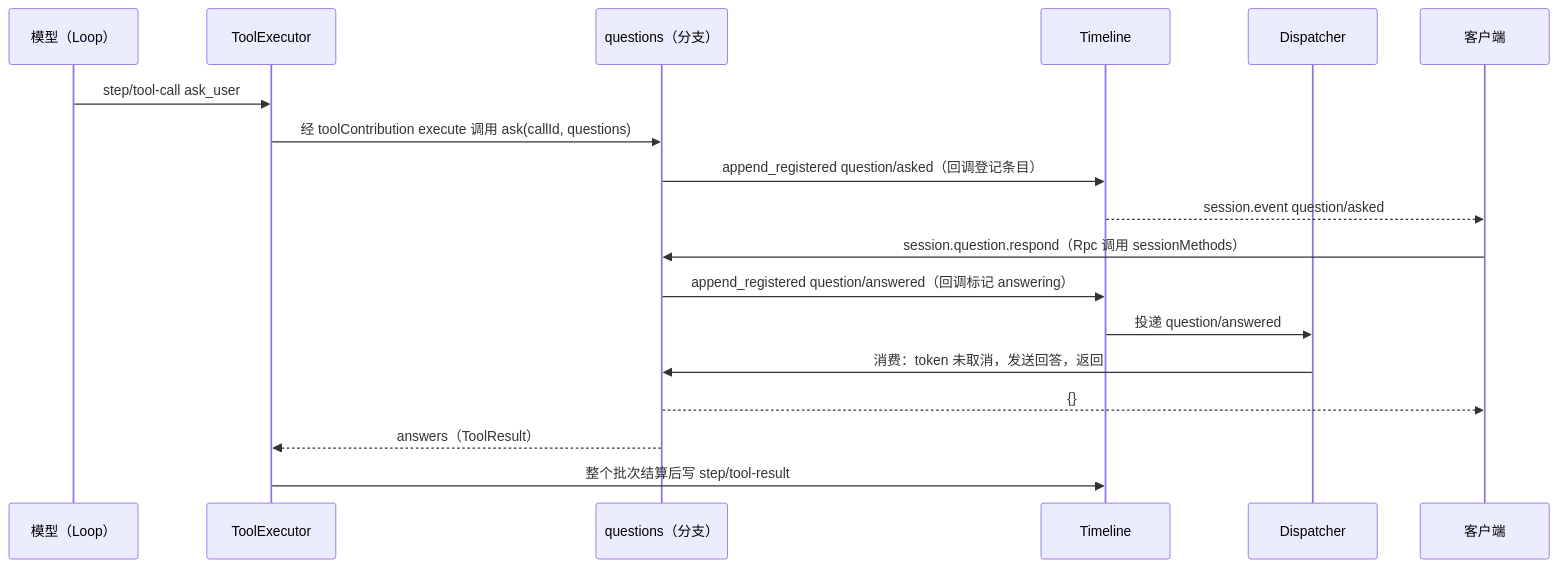
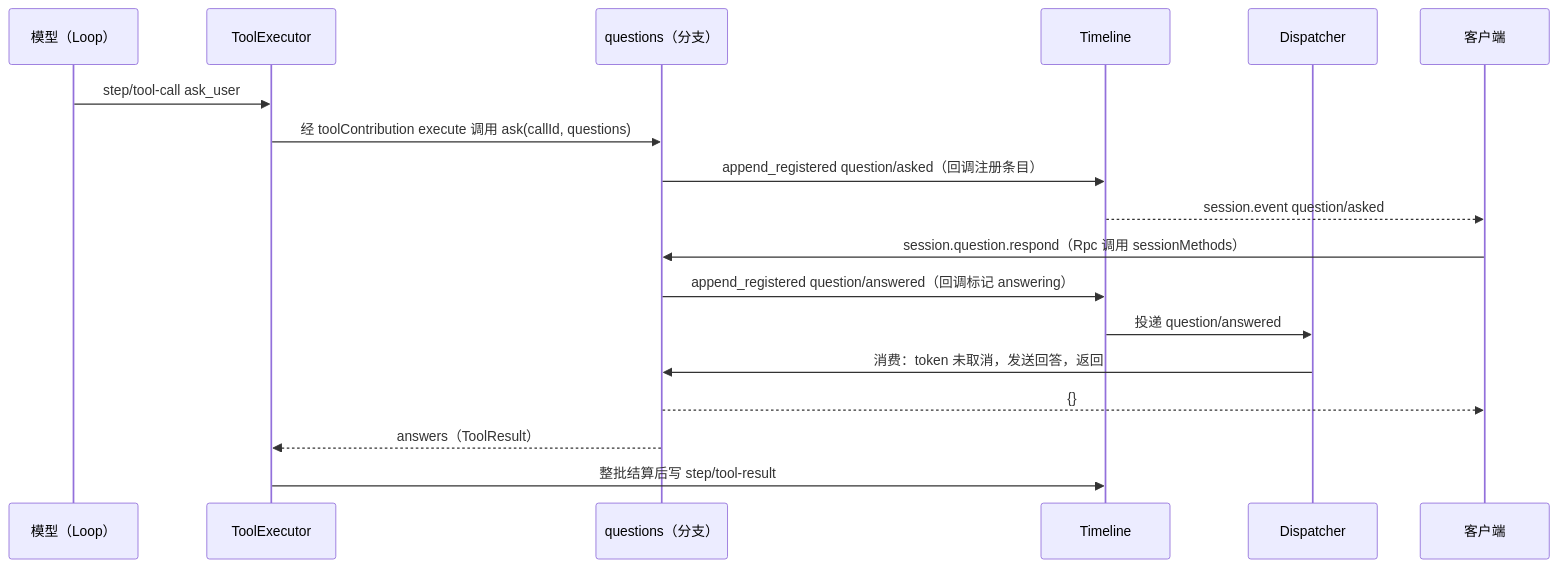
Before and after one commit to CoutinhoTTS/dim-agent: the third of 6 diagrams in docs/zh/design/plugins/Questions.md, drawn with Mermaid. The commit also changed other lines of this file and 18 other files, not shown here.

````diff
--- a/docs/zh/design/plugins/Questions.md
+++ b/docs/zh/design/plugins/Questions.md
@@ -90,20 +90,20 @@
 ```mermaid
 sequenceDiagram
   participant M as 模型（Loop）
   participant TE as ToolExecutor
   participant Q as questions（分支）
   participant TL as Timeline
   participant D as Dispatcher
   participant C as 客户端
   M->>TE: step/tool-call ask_user
   TE->>Q: 经 toolContribution execute 调用 ask(callId, questions)
-  Q->>TL: append_registered question/asked（回调登记条目）
+  Q->>TL: append_registered question/asked（回调注册条目）
   TL-->>C: session.event question/asked
   C->>Q: session.question.respond（Rpc 调用 sessionMethods）
   Q->>TL: append_registered question/answered（回调标记 answering）
   TL->>D: 投递 question/answered
   D->>Q: 消费：token 未取消，发送回答，返回
   Q-->>C: {}
   Q-->>TE: answers（ToolResult）
-  TE->>TL: 整个批次结算后写 step/tool-result
+  TE->>TL: 整批结算后写 step/tool-result
 ```
````
